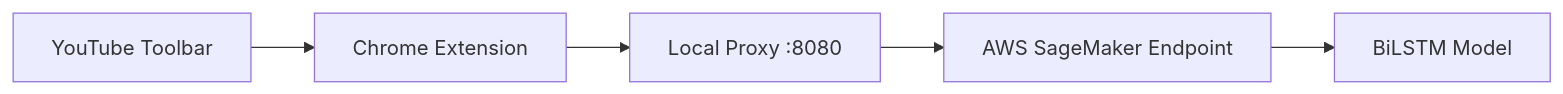
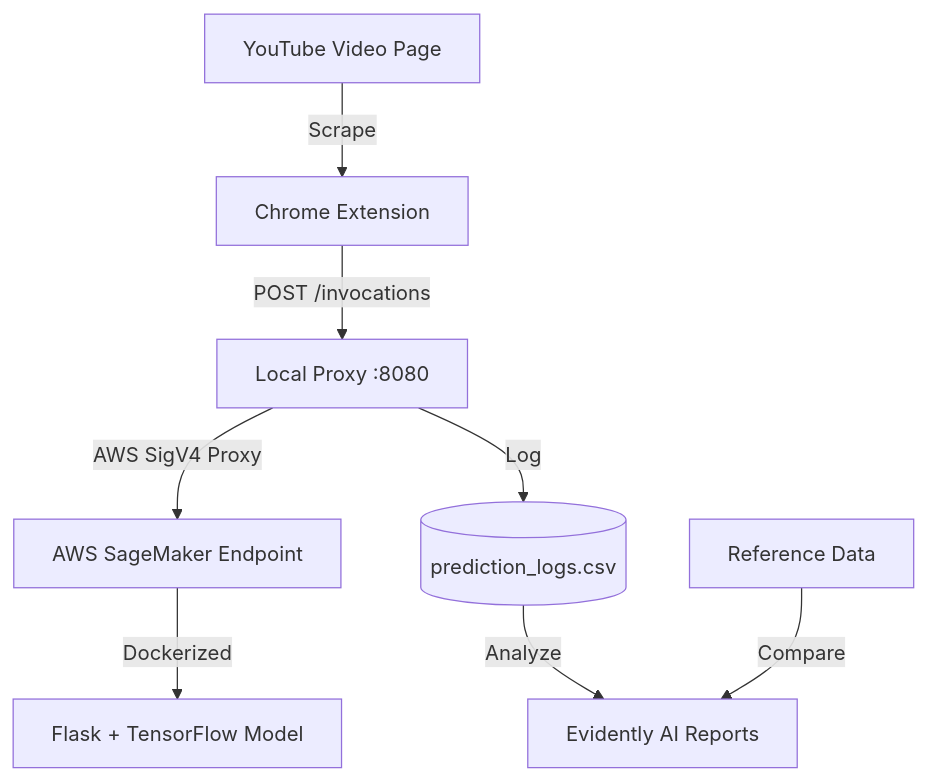
One commit to MohithTP/SentimentAnalysis changed the diagram in README.md. Above: the diagram before and after it, drawn with Mermaid. The commit also changed other lines of this file, not shown here.

````diff
--- a/README.md
+++ b/README.md
@@ -12,7 +25,10 @@
 ```mermaid
-graph LR
-    YT[YouTube Toolbar] --> EXT[Chrome Extension]
-    EXT --> PRX[Local Proxy :8080]
-    PRX --> AWS[AWS SageMaker Endpoint]
-    AWS --> Model[BiLSTM Model]
+graph TD
+    A[YouTube Video Page] -->|Scrape| B[Chrome Extension]
+    B -->|POST /invocations| C[Local Proxy :8080]
+    C -->|AWS SigV4 Proxy| D[AWS SageMaker Endpoint]
+    D -->|Dockerized| E[Flask + TensorFlow Model]
+    C -->|Log| F[(prediction_logs.csv)]
+    F -->|Analyze| G[Evidently AI Reports]
+    H[Reference Data] -->|Compare| G
 ```
````
